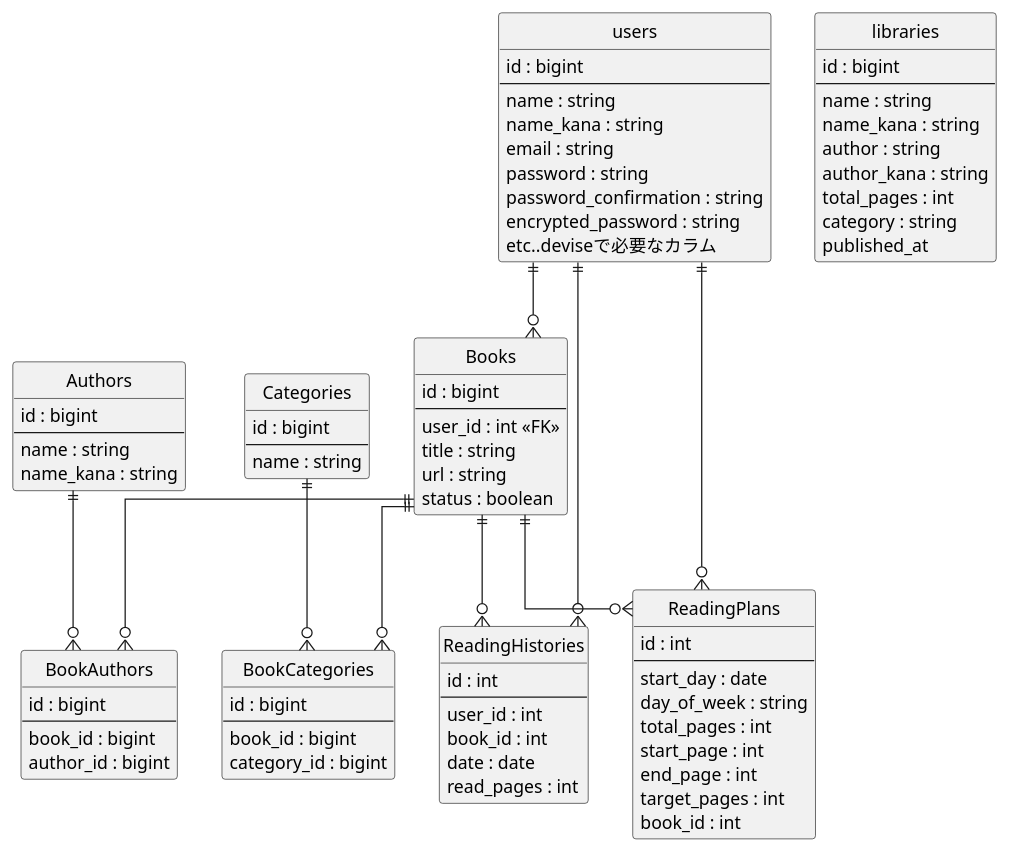
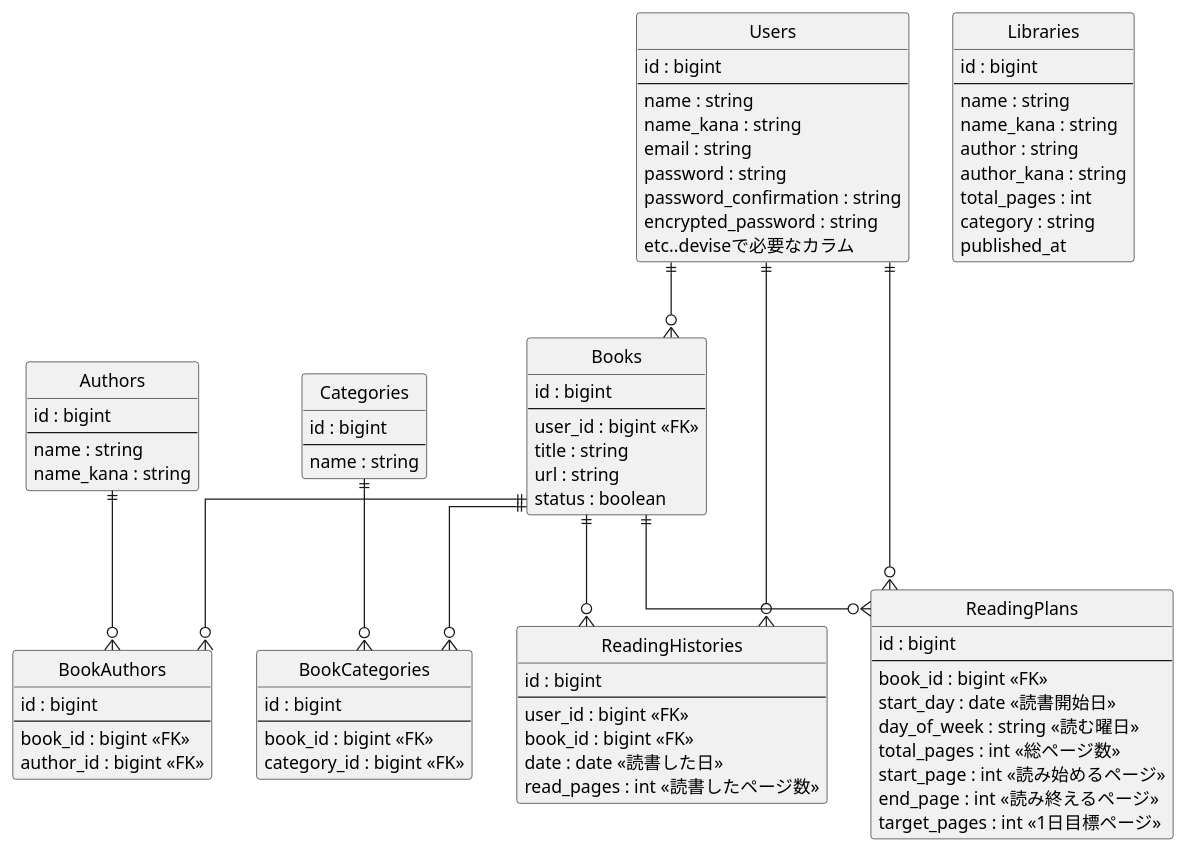
One commit to aya1357/rails_pra changed the diagram in er.pu. Above: the diagram before and after it, drawn with PlantUML.

Commit message:
prant umlの修正

```diff
--- a/er.pu
+++ b/er.pu
@@ -1,100 +1,100 @@
 @startuml app_book
 ' hide the spot
 hide circle
 
 ' avoid problems with angled crows feet
 skinparam linetype ortho
 
-entity "users" as users {
+entity "Users" as users {
   id : bigint
   --
   name : string
   name_kana : string
   email : string
   password : string
   password_confirmation : string
   encrypted_password : string
   etc..deviseで必要なカラム
 }
 
-entity "libraries" as libraries {
+entity "Libraries" as libraries {
   id : bigint
   --
   name : string
   name_kana : string
   author : string
   author_kana : string
   total_pages : int
   category : string
   published_at
 }
 
 entity "Books" as books {
   id : bigint
   --
-  user_id : int <<FK>>
+  user_id : bigint <<FK>>
   title : string
   url : string
   status : boolean
 }
 
 
 entity "Authors" as authors {
   id : bigint
   --
   name : string
   name_kana : string
 }
 
 entity "Categories" as categories {
   id : bigint
   --
   name : string
 }
 
 entity "BookAuthors" as books_authors {
   id : bigint
   --
-  book_id : bigint
-  author_id : bigint
+  book_id : bigint <<FK>>
+  author_id : bigint <<FK>>
 }
 
 entity "BookCategories" as books_categories {
   id : bigint
   --
-  book_id : bigint
-  category_id : bigint
+  book_id : bigint <<FK>>
+  category_id : bigint <<FK>>
 }
 
 entity "ReadingPlans" as reading_plans {
-  id : int
+  id : bigint
   --
-  start_day : date
-  day_of_week : string
-  total_pages : int
-  start_page : int
-  end_page : int
-  target_pages : int
-  book_id : int
+  book_id : bigint <<FK>>
+  start_day : date <<読書開始日>>
+  day_of_week : string <<読む曜日>>
+  total_pages : int <<総ページ数>>
+  start_page : int <<読み始めるページ>>
+  end_page : int <<読み終えるページ>>
+  target_pages : int <<1日目標ページ>>
 }
 
 entity "ReadingHistories" as logs {
-  id : int
+  id : bigint
   --
-  user_id : int
-  book_id : int
-  date : date
-  read_pages : int
+  user_id : bigint <<FK>>
+  book_id : bigint <<FK>>
+  date : date <<読書した日>>
+  read_pages : int <<読書したページ数>>
 }
 
 books ||--o{ reading_plans
 users ||--o{ reading_plans
 books ||--o{ logs
 users ||--o{ logs
 users ||--o{ books
 books ||--o{ books_authors
 authors ||--o{ books_authors
 books ||--o{ books_categories
 categories ||--o{ books_categories
 
 @enduml
```
